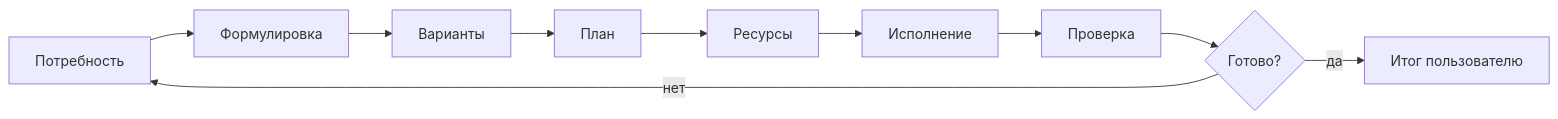
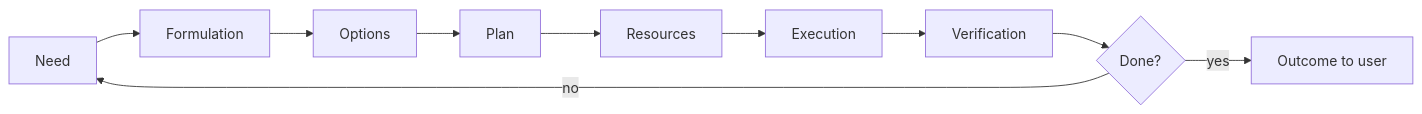
Before and after one commit to sthe0/claude-agent-instructions: the first of 2 diagrams in agents/manager.md, drawn with Mermaid. The commit also changed other lines of this file and 24 other files, not shown here.

````diff
--- a/agents/manager.md
+++ b/agents/manager.md
@@ -52,12 +52,12 @@
 ```mermaid
 flowchart LR
-  A[Потребность] --> B[Формулировка]
-  B --> C[Варианты]
-  C --> D[План]
-  D --> E[Ресурсы]
-  E --> F[Исполнение]
-  F --> G[Проверка]
-  G --> H{Готово?}
-  H -->|нет| A
-  H -->|да| I[Итог пользователю]
+  A[Need] --> B[Formulation]
+  B --> C[Options]
+  C --> D[Plan]
+  D --> E[Resources]
+  E --> F[Execution]
+  F --> G[Verification]
+  G --> H{Done?}
+  H -->|no| A
+  H -->|yes| I[Outcome to user]
 ```
````
